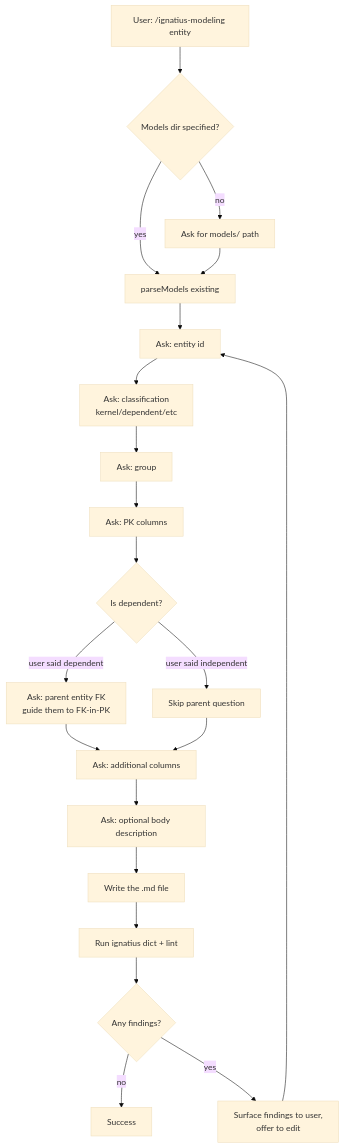
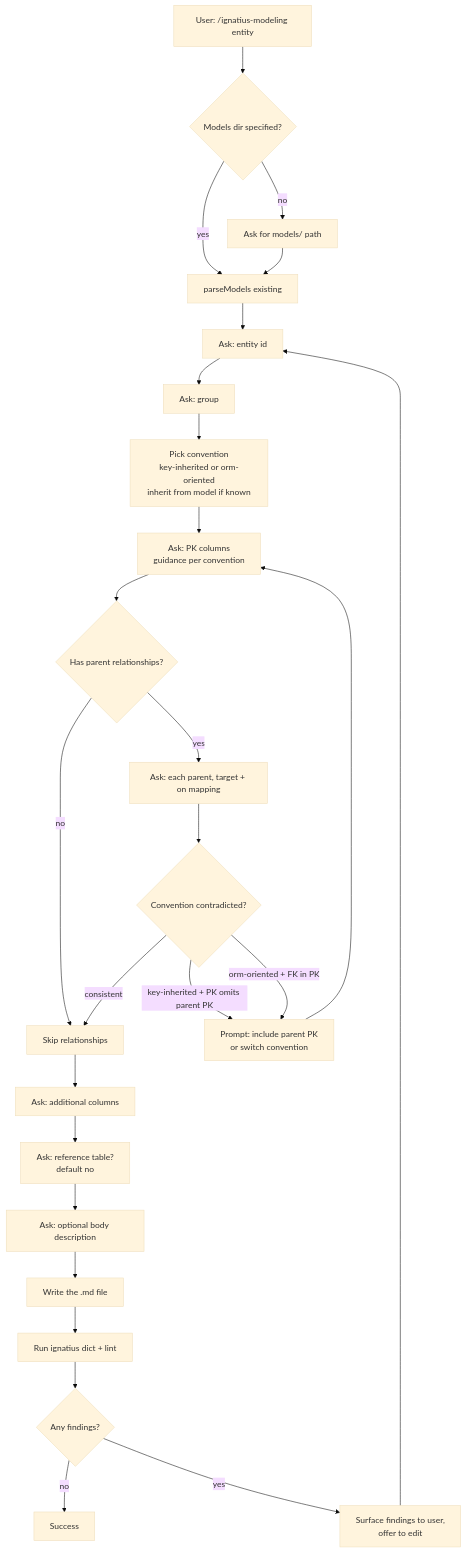
Before and after one commit to noormdev/ignatius: the first of 2 diagrams in docs/design/ignatius-modeling-skill.md, drawn with Mermaid (base theme). The commit also changed other lines of this file and 7 other files, not shown here.

````diff
--- a/docs/design/ignatius-modeling-skill.md
+++ b/docs/design/ignatius-modeling-skill.md
@@ -39,23 +39,28 @@
 ```mermaid
 flowchart TD
     Start[User: /ignatius-modeling entity] --> Q1{Models dir specified?}
     Q1 -->|no| AskDir[Ask for models/ path]
     Q1 -->|yes| Parse[parseModels existing]
     AskDir --> Parse
     Parse --> Q2[Ask: entity id]
-    Q2 --> Q3[Ask: classification<br/>kernel/dependent/etc]
-    Q3 --> Q4[Ask: group]
-    Q4 --> Q5[Ask: PK columns]
-    Q5 --> Q6{Is dependent?}
-    Q6 -->|user said dependent| Q7[Ask: parent entity FK<br/>guide them to FK-in-PK]
-    Q6 -->|user said independent| Q8[Skip parent question]
-    Q7 --> Q9[Ask: additional columns]
-    Q8 --> Q9
-    Q9 --> Q10[Ask: optional body description]
-    Q10 --> Write[Write the .md file]
+    Q2 --> Q3[Ask: group]
+    Q3 --> Q4[Pick convention<br/>key-inherited or orm-oriented<br/>inherit from model if known]
+    Q4 --> Q5[Ask: PK columns<br/>guidance per convention]
+    Q5 --> Q6{Has parent relationships?}
+    Q6 -->|yes| Q7[Ask: each parent, target + on mapping]
+    Q6 -->|no| Q8[Skip relationships]
+    Q7 --> Check{Convention contradicted?}
+    Check -->|key-inherited + PK omits parent PK| Resolve[Prompt: include parent PK<br/>or switch convention]
+    Check -->|orm-oriented + FK in PK| Resolve
+    Check -->|consistent| Q8
+    Resolve --> Q5
+    Q8 --> Q9[Ask: additional columns]
+    Q9 --> Q10[Ask: reference table?<br/>default no]
+    Q10 --> Q11[Ask: optional body description]
+    Q11 --> Write[Write the .md file]
     Write --> Lint[Run ignatius dict + lint]
     Lint --> Report{Any findings?}
     Report -->|no| Success
     Report -->|yes| Loop[Surface findings to user,<br/>offer to edit]
     Loop --> Q2
 ```
````
